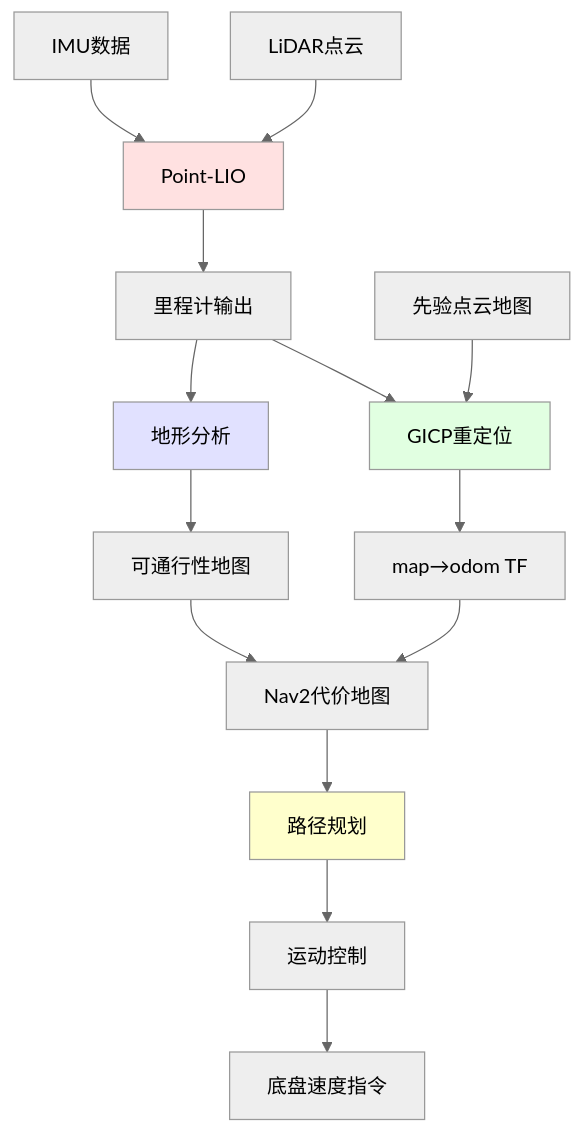
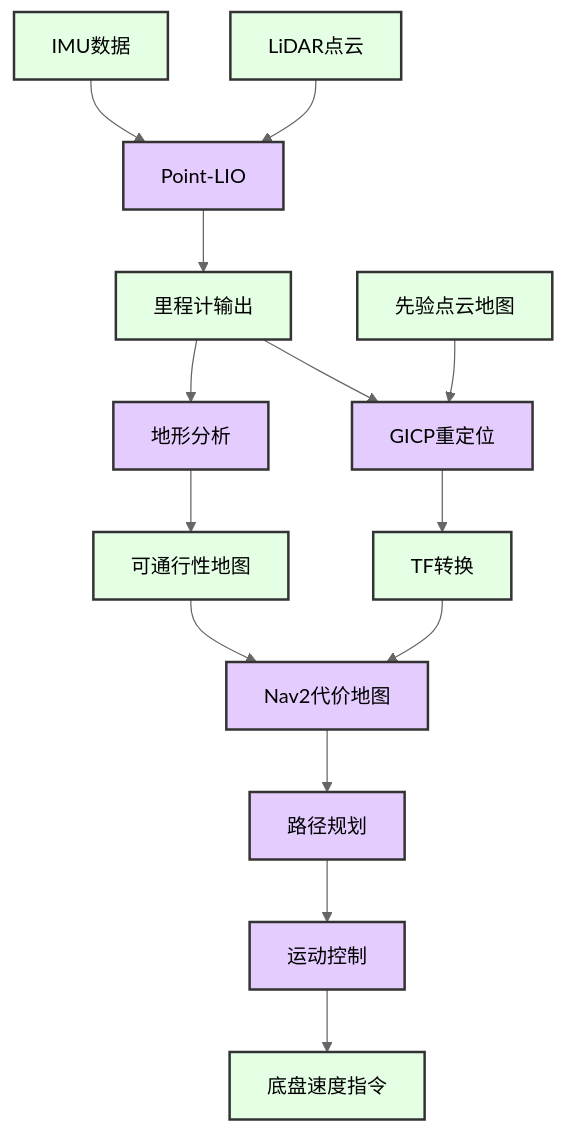
The third of 7 diagrams in docs/01_系统架构.md (happywosabi/pb2025_sentry_ws), drawn with Mermaid (neutral theme) before and after one commit. The commit also changed other lines of this file and 9 other files, not shown here.

````diff
--- a/docs/01_系统架构.md
+++ b/docs/01_系统架构.md
@@ -138,24 +146,26 @@
 ```mermaid
 graph TB
     A[LiDAR点云] --> B[Point-LIO]
     A1[IMU数据] --> B
     B --> C[里程计输出]
 
     D[先验点云地图] --> E[GICP重定位]
     C --> E
-    E --> F[map→odom TF]
+    E --> F[TF转换]
 
     C --> G[地形分析]
     G --> H[可通行性地图]
 
     H --> I[Nav2代价地图]
     F --> I
     I --> J[路径规划]
     J --> K[运动控制]
     K --> L[底盘速度指令]
 
-    style B fill:#ffe1e1
-    style E fill:#e1ffe1
-    style G fill:#e1e1ff
-    style J fill:#ffffcc
+    classDef dataClass fill:#E5FFE5,stroke:#333,stroke-width:2px
+    classDef navClass fill:#E5CCFF,stroke:#333,stroke-width:2px
+
+    class A,A1,D,L dataClass
+    class B,E,G,I,J,K navClass
+    class C,F,H dataClass
 ```
````
